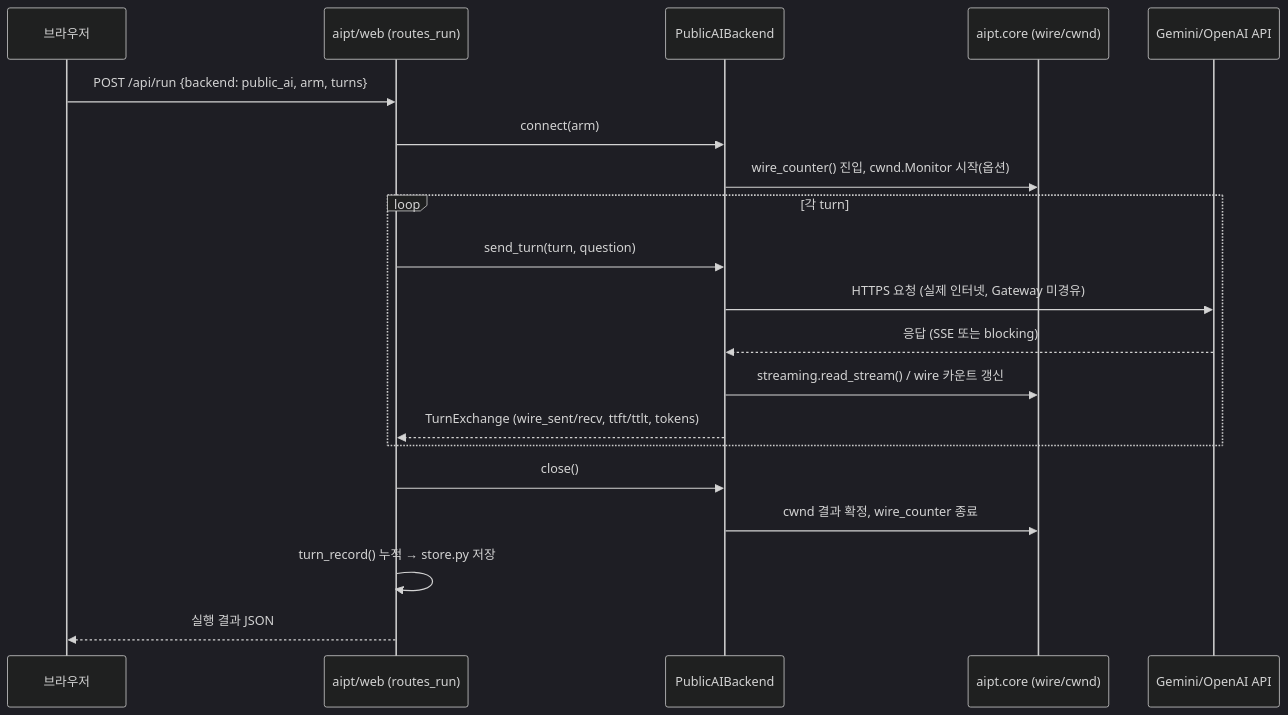
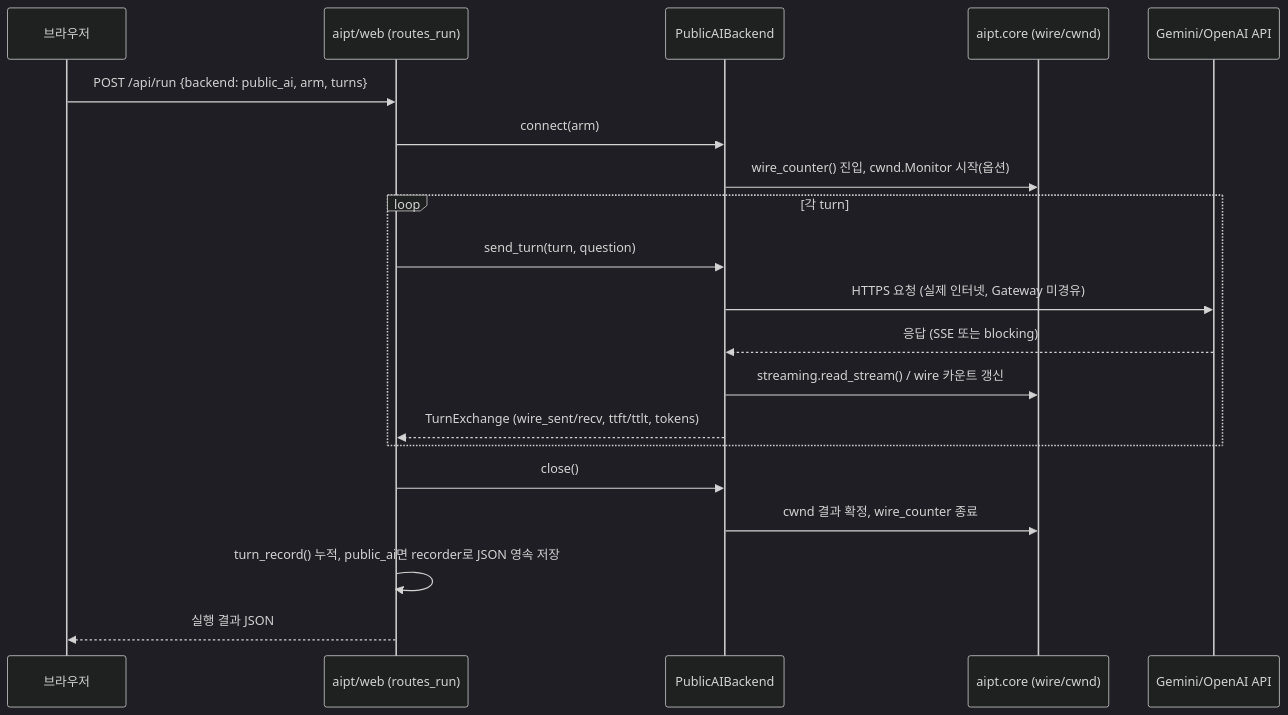
The second of 4 diagrams in AIPT/ARCHITECTURE.md (sangrokhan/remote_work), drawn with Mermaid (dark theme) before and after one commit. The commit also changed other lines of this file and 20 other files, not shown here.

First line of the commit message:
feat(AIPT): Gateway L3 IP forwarding + Public AI JSON persistence

````diff
--- a/AIPT/ARCHITECTURE.md
+++ b/AIPT/ARCHITECTURE.md
@@ -284,23 +344,23 @@
 ```mermaid
 sequenceDiagram
     participant U as 브라우저
     participant W as aipt/web (routes_run)
     participant B as PublicAIBackend
     participant Core as aipt.core (wire/cwnd)
     participant Ext as Gemini/OpenAI API
 
     U->>W: POST /api/run {backend: public_ai, arm, turns}
     W->>B: connect(arm)
     B->>Core: wire_counter() 진입, cwnd.Monitor 시작(옵션)
     loop 각 turn
         W->>B: send_turn(turn, question)
         B->>Ext: HTTPS 요청 (실제 인터넷, Gateway 미경유)
         Ext-->>B: 응답 (SSE 또는 blocking)
         B->>Core: streaming.read_stream() / wire 카운트 갱신
         B-->>W: TurnExchange (wire_sent/recv, ttft/ttlt, tokens)
     end
     W->>B: close()
     B->>Core: cwnd 결과 확정, wire_counter 종료
-    W->>W: turn_record() 누적 → store.py 저장
+    W->>W: turn_record() 누적, public_ai면 recorder로 JSON 영속 저장
     W-->>U: 실행 결과 JSON
 ```
````
